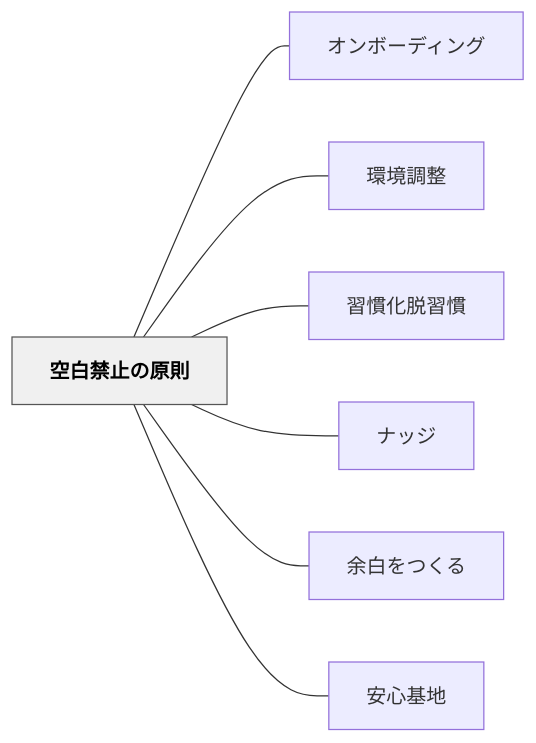
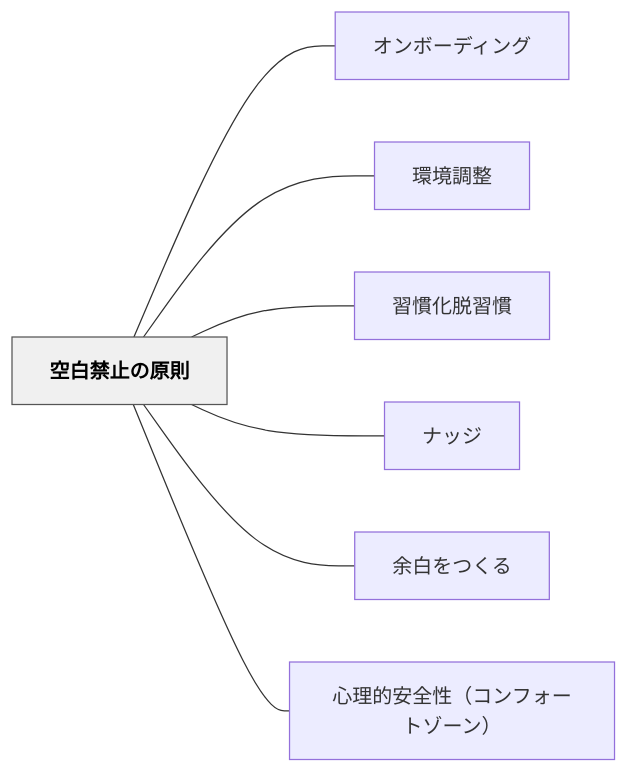
Before and after one commit to unknownthings-ed-patterns/unknownthings-ed-patterns: the diagram in content/パタン/空白禁止の原則.md, drawn with Mermaid. The commit also changed other lines of this file and 30 other files, not shown here.

````diff
--- a/content/パタン/空白禁止の原則.md
+++ b/content/パタン/空白禁止の原則.md
@@ -50,20 +50,20 @@
 ```mermaid
 flowchart LR
     ne7a9bae799bde7a681e6ada2e381aee58e9fe58987["空白禁止の原則"]
     ne382aae383b3e3839ce383bce38387e382a3e383b3e382b0["オンボーディング"]
     ne792b0e5a283e8aabfe695b4["環境調整"]
     ne7bf92e685a3e58c96e884b1e7bf92e685a3["習慣化脱習慣"]
     ne3838ae38383e382b8["ナッジ"]
     ne4bd99e799bde38292e381a4e3818fe3828b["余白をつくる"]
-    ne5ae89e5bf83e59fbae59cb0["安心基地"]
+    ne5bf83e79086e79a84e5ae89e585a8e680a7efbc88e382b3e383b3e38395e382a9e383bce38388e382bee383bce383b3efbc89["心理的安全性（コンフォートゾーン）"]
 
     ne7a9bae799bde7a681e6ada2e381aee58e9fe58987 --- ne382aae383b3e3839ce383bce38387e382a3e383b3e382b0
     ne7a9bae799bde7a681e6ada2e381aee58e9fe58987 --- ne792b0e5a283e8aabfe695b4
     ne7a9bae799bde7a681e6ada2e381aee58e9fe58987 --- ne7bf92e685a3e58c96e884b1e7bf92e685a3
     ne7a9bae799bde7a681e6ada2e381aee58e9fe58987 --- ne3838ae38383e382b8
     ne7a9bae799bde7a681e6ada2e381aee58e9fe58987 --- ne4bd99e799bde38292e381a4e3818fe3828b
-    ne7a9bae799bde7a681e6ada2e381aee58e9fe58987 --- ne5ae89e5bf83e59fbae59cb0
+    ne7a9bae799bde7a681e6ada2e381aee58e9fe58987 --- ne5bf83e79086e79a84e5ae89e585a8e680a7efbc88e382b3e383b3e38395e382a9e383bce38388e382bee383bce383b3efbc89
 
     classDef hub fill:#f0f0f0,stroke:#555,color:#000,font-weight:bold
     class ne7a9bae799bde7a681e6ada2e381aee58e9fe58987 hub
 ```
````
